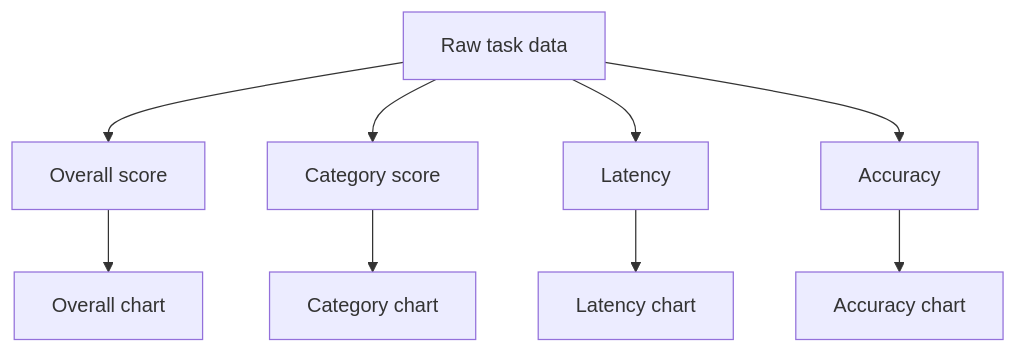
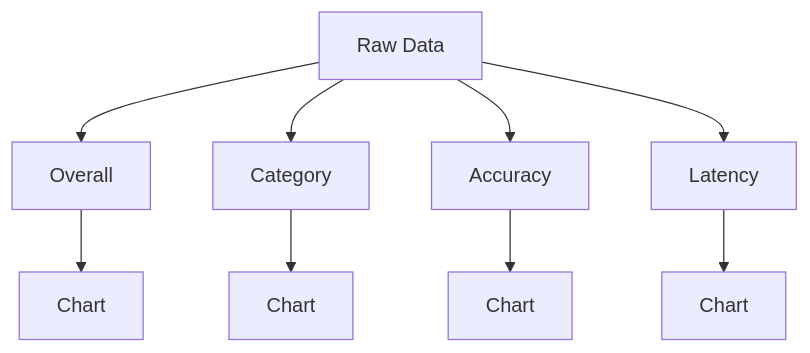
Diagram 11 of 12 in README.md (mahik2007/hackathon), drawn with Mermaid before and after one commit. The commit also changed other lines of this file, not shown here.

````diff
--- a/README.md
+++ b/README.md
@@ -181,11 +180,12 @@
-``` mermaid
+```mermaid
 flowchart TB
-    D[Raw task data] --> S[Overall score]
-    D --> C[Category score]
+    D[Raw Data]
+    D --> O[Overall]
+    D --> C[Category]
+    D --> A[Accuracy]
     D --> L[Latency]
-    D --> A[Accuracy]
-    S --> G1[Overall chart]
-    C --> G2[Category chart]
-    L --> G3[Latency chart]
-    A --> G4[Accuracy chart]
+    O --> G1[Chart]
+    C --> G2[Chart]
+    A --> G3[Chart]
+    L --> G4[Chart]
 ```
````
